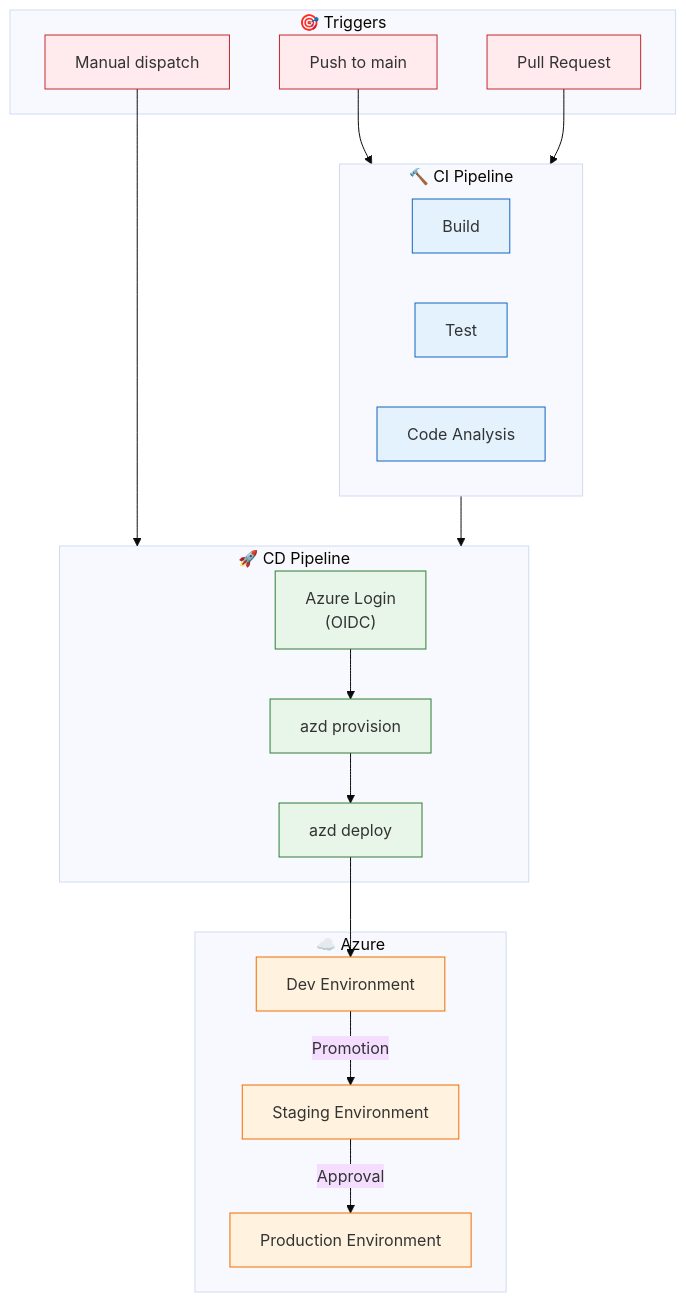
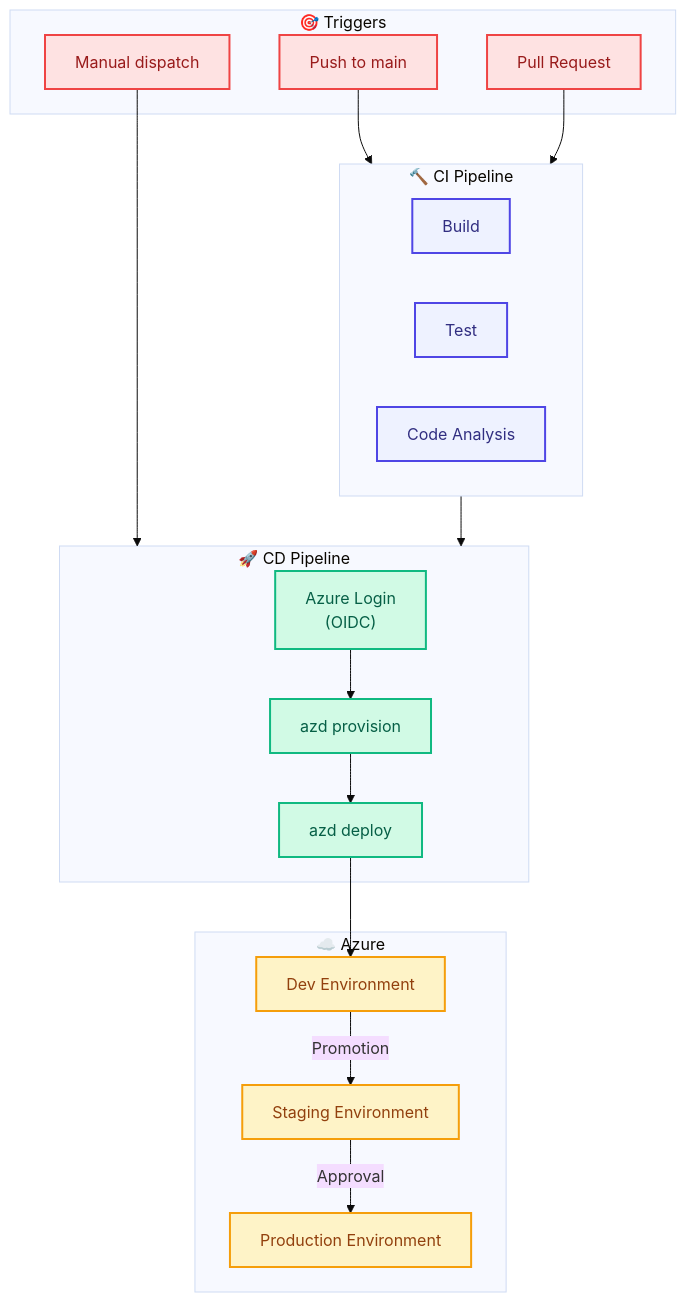
One commit to Evilazaro/Azure-LogicApps-Monitoring changed the fourth of 6 diagrams in docs/architecture/07-deployment-architecture.md. Above: the diagram before and after it, drawn with Mermaid (base theme). The commit also changed other lines of this file and 1 other file, not shown here.

Commit message:
feat(docs): Update security and deployment architecture diagrams with modern color palette and detailed annotations

````diff
--- a/docs/architecture/07-deployment-architecture.md
+++ b/docs/architecture/07-deployment-architecture.md
@@ -245,46 +254,49 @@
 ```mermaid
 flowchart TB
+    %% CI/CD Pipeline Architecture - Build, test, and deployment flow
     subgraph Trigger["🎯 Triggers"]
         Push["Push to main"]
         PR["Pull Request"]
         Manual["Manual dispatch"]
     end
 
     subgraph CI["🔨 CI Pipeline"]
         Build["Build"]
         Test["Test"]
         Analyze["Code Analysis"]
     end
 
     subgraph CD["🚀 CD Pipeline"]
         Login["Azure Login<br/>(OIDC)"]
         Provision["azd provision"]
         Deploy["azd deploy"]
     end
 
     subgraph Azure["☁️ Azure"]
         Dev["Dev Environment"]
         Staging["Staging Environment"]
         Prod["Production Environment"]
     end
 
+    %% Pipeline flow
     Push --> CI
     PR --> CI
     Manual --> CD
     CI --> CD
     Login --> Provision
     Provision --> Deploy
     Deploy --> Dev
     Dev -->|"Promotion"| Staging
     Staging -->|"Approval"| Prod
 
-    classDef trigger fill:#ffebee,stroke:#c62828
-    classDef ci fill:#e3f2fd,stroke:#1565c0
-    classDef cd fill:#e8f5e9,stroke:#2e7d32
-    classDef azure fill:#fff3e0,stroke:#ef6c00
+    %% Modern color palette - WCAG AA compliant
+    classDef trigger fill:#FEE2E2,stroke:#EF4444,stroke-width:2px,color:#991B1B
+    classDef ci fill:#EEF2FF,stroke:#4F46E5,stroke-width:2px,color:#312E81
+    classDef cd fill:#D1FAE5,stroke:#10B981,stroke-width:2px,color:#065F46
+    classDef azure fill:#FEF3C7,stroke:#F59E0B,stroke-width:2px,color:#92400E
 
     class Push,PR,Manual trigger
     class Build,Test,Analyze ci
     class Login,Provision,Deploy cd
     class Dev,Staging,Prod azure
 ```
````
